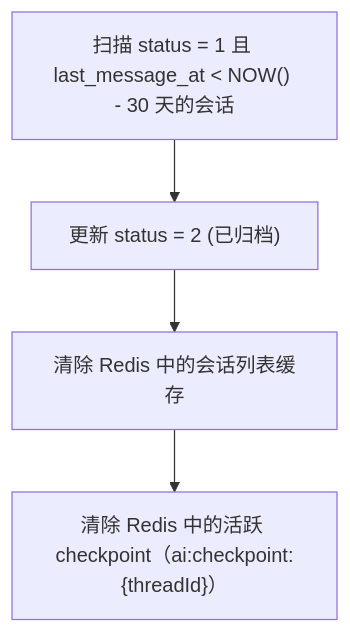
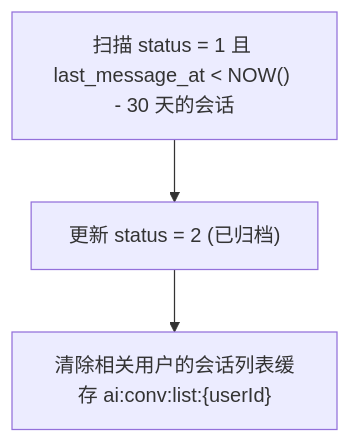
Before and after one commit to earthy-zinc/dehaze-system: the third of 3 diagrams in dehaze-doc/docs/03-模块设计/核心模块/AI对话/会话与消息/后端实现.md, drawn with Mermaid. The commit also changed other lines of this file and 2348 other files, not shown here.

````diff
--- a/dehaze-doc/docs/03-模块设计/核心模块/AI对话/会话与消息/后端实现.md
+++ b/dehaze-doc/docs/03-模块设计/核心模块/AI对话/会话与消息/后端实现.md
@@ -136,6 +136,5 @@
 ```mermaid
 flowchart TD
     A["扫描 status = 1 且 last_message_at < NOW() - 30 天的会话"] --> B["更新 status = 2 (已归档)"]
-    B --> C["清除 Redis 中的会话列表缓存"]
-    C --> D["清除 Redis 中的活跃 checkpoint（ai:checkpoint:{threadId}）"]
+    B --> C["清除相关用户的会话列表缓存 ai:conv:list:{userId}"]
 ```
````
